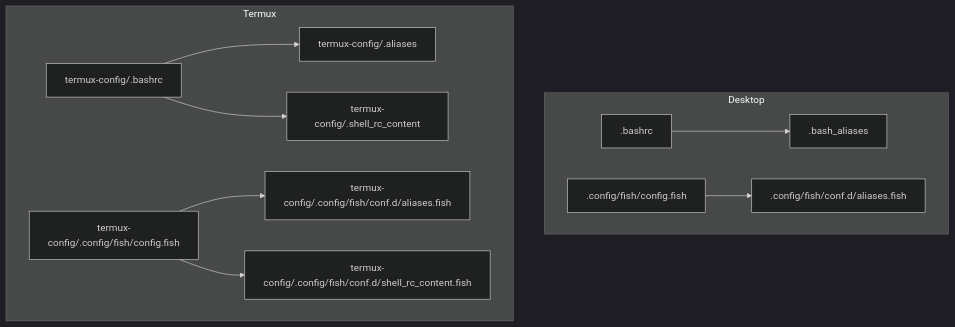
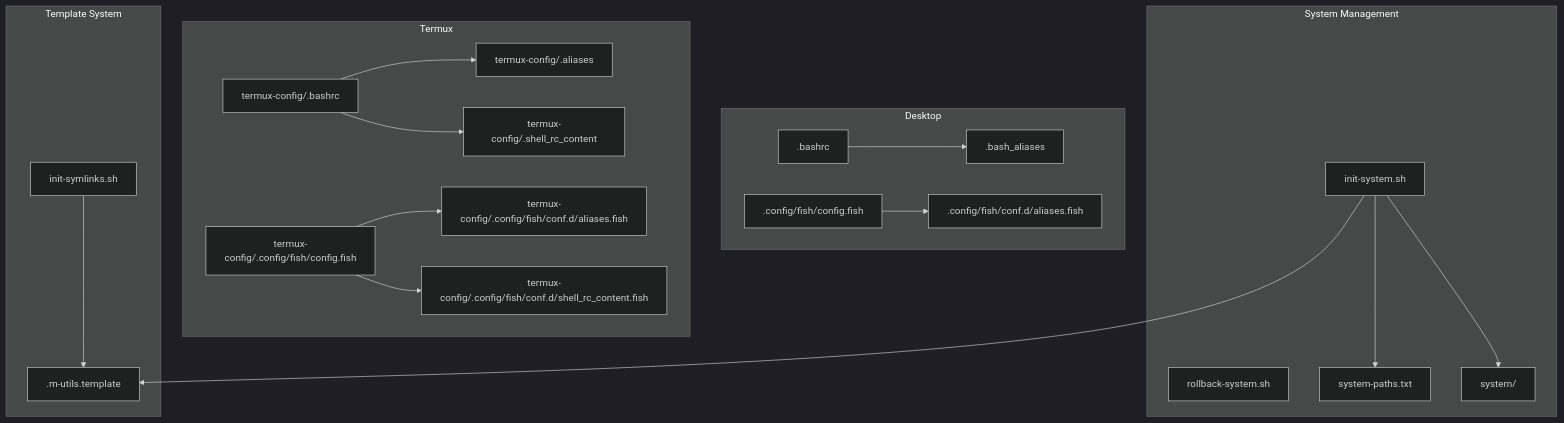
Before and after one commit to cr8ivecodesmith/dotfiles: the first of 13 diagrams in .qoder/repowiki/en/content/Shell Configurations/Shell Configurations.md, drawn with Mermaid (dark theme). The commit also changed other lines of this file and 5 other files, not shown here.

````diff
--- a/.qoder/repowiki/en/content/Shell Configurations/Shell Configurations.md
+++ b/.qoder/repowiki/en/content/Shell Configurations/Shell Configurations.md
@@ -42,23 +64,37 @@
 ```mermaid
 graph TB
 subgraph "Desktop"
 BR[".bashrc"]
 BA[".bash_aliases"]
 FCfg[".config/fish/config.fish"]
 FAli[".config/fish/conf.d/aliases.fish"]
 end
 subgraph "Termux"
 TBR["termux-config/.bashrc"]
 TBA["termux-config/.aliases"]
 TFCfg["termux-config/.config/fish/config.fish"]
 TFAli["termux-config/.config/fish/conf.d/aliases.fish"]
 TRC["termux-config/.shell_rc_content"]
 TFRC["termux-config/.config/fish/conf.d/shell_rc_content.fish"]
 end
+subgraph "System Management"
+IS["init-system.sh"]
+RS["rollback-system.sh"]
+SP["system-paths.txt"]
+SYS["system/"]
+end
+subgraph "Template System"
+MT[".m-utils.template"]
+ISL["init-symlinks.sh"]
+end
 BR --> BA
 FCfg --> FAli
 TBR --> TBA
 TBR --> TRC
 TFCfg --> TFAli
 TFCfg --> TFRC
+IS --> SP
+IS --> SYS
+IS --> MT
+ISL --> MT
 ```
````
